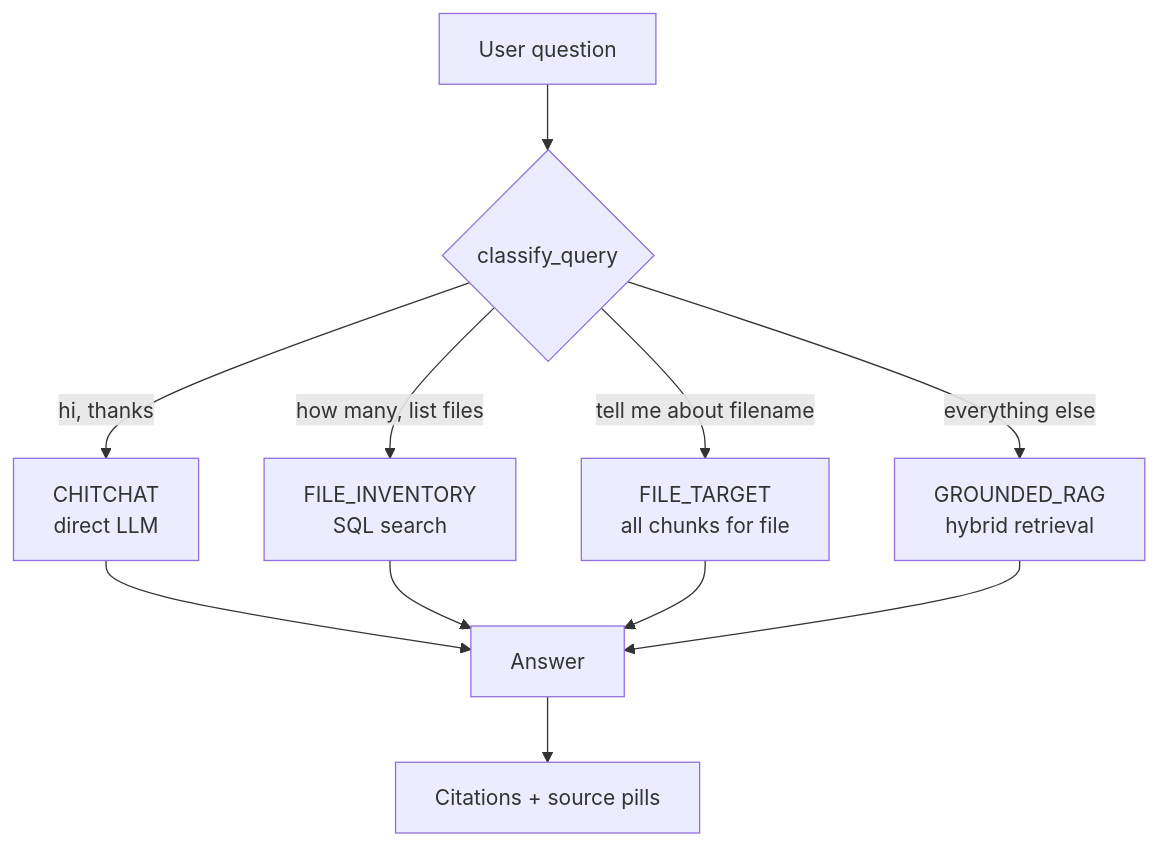
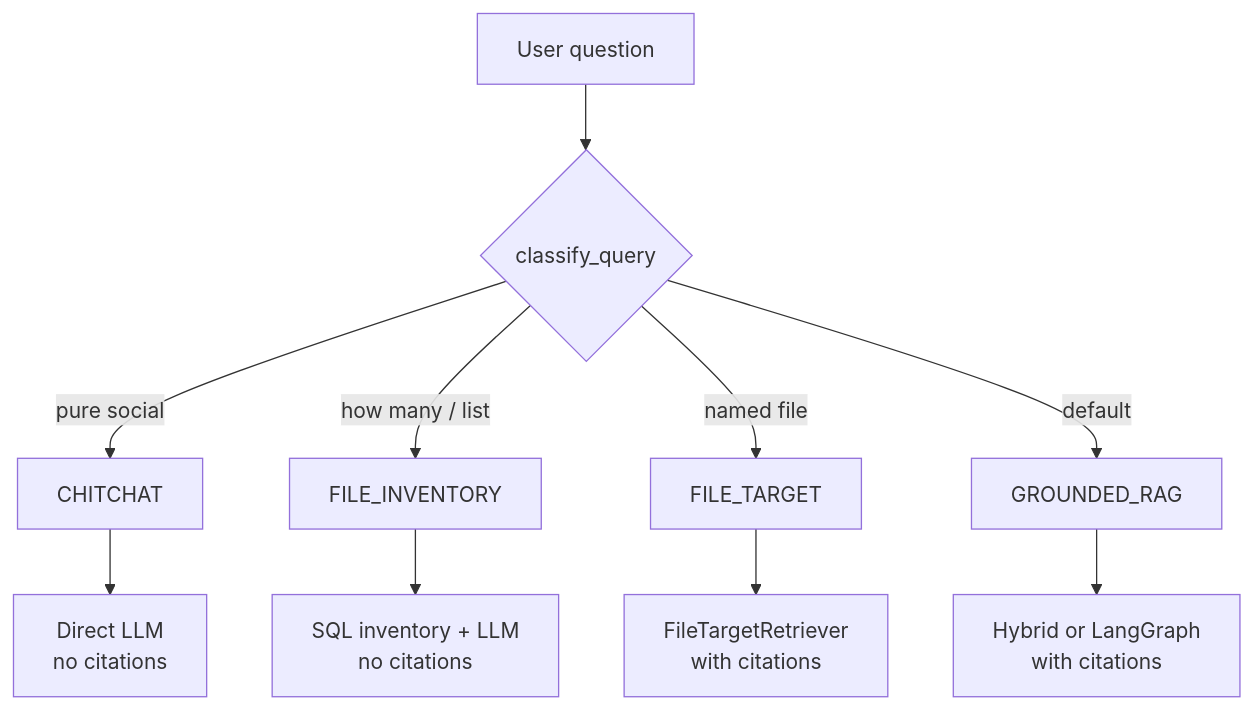
Before and after one commit to mahad816/DriveMind_AI: the fourth of 7 diagrams in README.md, drawn with Mermaid. The commit also changed other lines of this file and 3 other files, not shown here.

Commit message:
docs: fix README diagrams to match actual RAG and indexing flows

````diff
--- a/README.md
+++ b/README.md
@@ -154,16 +157,14 @@
 ```mermaid
 flowchart TD
     Q[User question] --> Router{classify_query}
 
-    Router -->|hi, thanks| Chitchat[CHITCHAT<br/>direct LLM]
-    Router -->|how many, list files| Inventory[FILE_INVENTORY<br/>SQL search]
-    Router -->|tell me about filename| Target[FILE_TARGET<br/>all chunks for file]
-    Router -->|everything else| RAG[GROUNDED_RAG<br/>hybrid retrieval]
+    Router -->|pure social| Chitchat[CHITCHAT]
+    Router -->|how many / list| Inventory[FILE_INVENTORY]
+    Router -->|named file| Target[FILE_TARGET]
+    Router -->|default| GR[GROUNDED_RAG]
 
-    Chitchat --> Ans[Answer]
-    Inventory --> Ans
-    Target --> Ans
-    RAG --> Ans
-
-    Ans --> Cit[Citations + source pills]
+    Chitchat --> A1[Direct LLM<br/>no citations]
+    Inventory --> A2[SQL inventory + LLM<br/>no citations]
+    Target --> A3[FileTargetRetriever<br/>with citations]
+    GR --> A4[Hybrid or LangGraph<br/>with citations]
 ```
````
